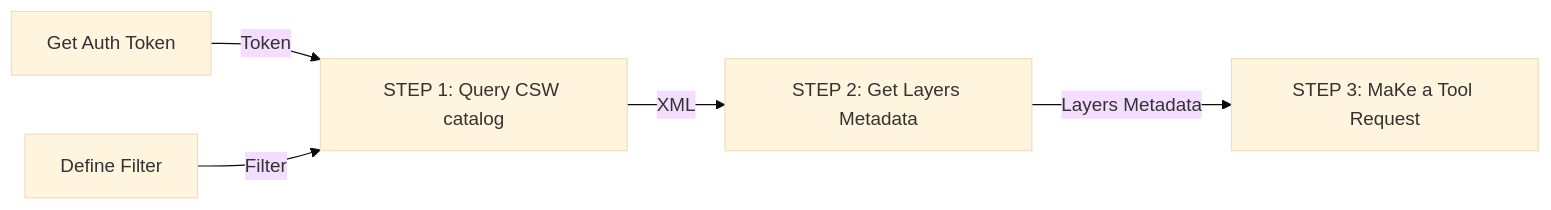
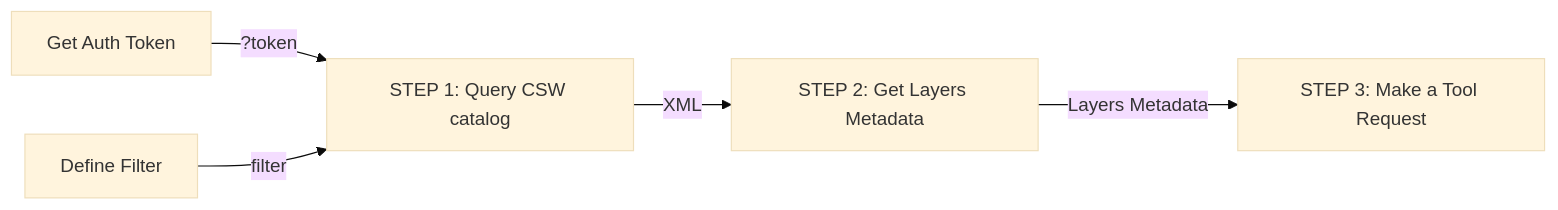
One commit to MapColonies/developer-portal changed the diagram in docs/MapColonies/3D/services/3dViewer/README.md. Above: the diagram before and after it, drawn with Mermaid (base theme). The commit also changed other lines of this file and 3 other files, not shown here.

````diff
--- a/docs/MapColonies/3D/services/3dViewer/README.md
+++ b/docs/MapColonies/3D/services/3dViewer/README.md
@@ -15,7 +15,7 @@
 ```mermaid
 flowchart LR
-    A[Get Auth Token]-->|Token| C[STEP 1: Query CSW catalog]
-    B[Define Filter]--> |Filter| C
+    A[Get Auth Token]-->|?token| C[STEP 1: Query CSW catalog]
+    B[Define Filter]--> |filter| C
     C --> |XML| D[STEP 2: Get Layers Metadata]
-    D --> |Layers Metadata| E[STEP 3: MaKe a Tool Request]
+    D --> |Layers Metadata| E[STEP 3: Make a Tool Request]
 ```
````
